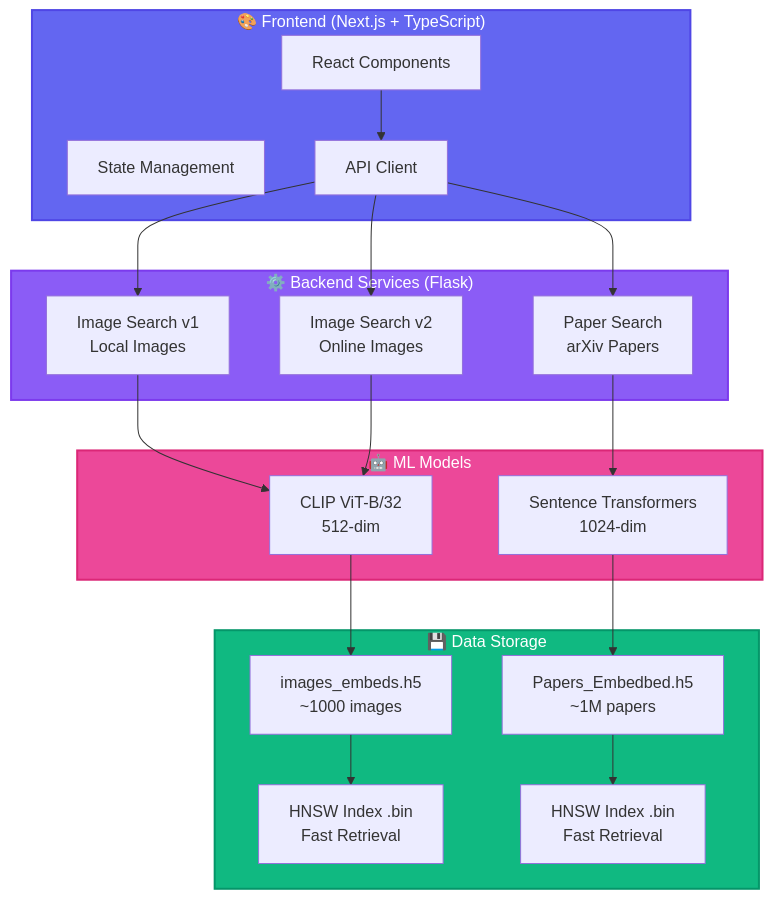
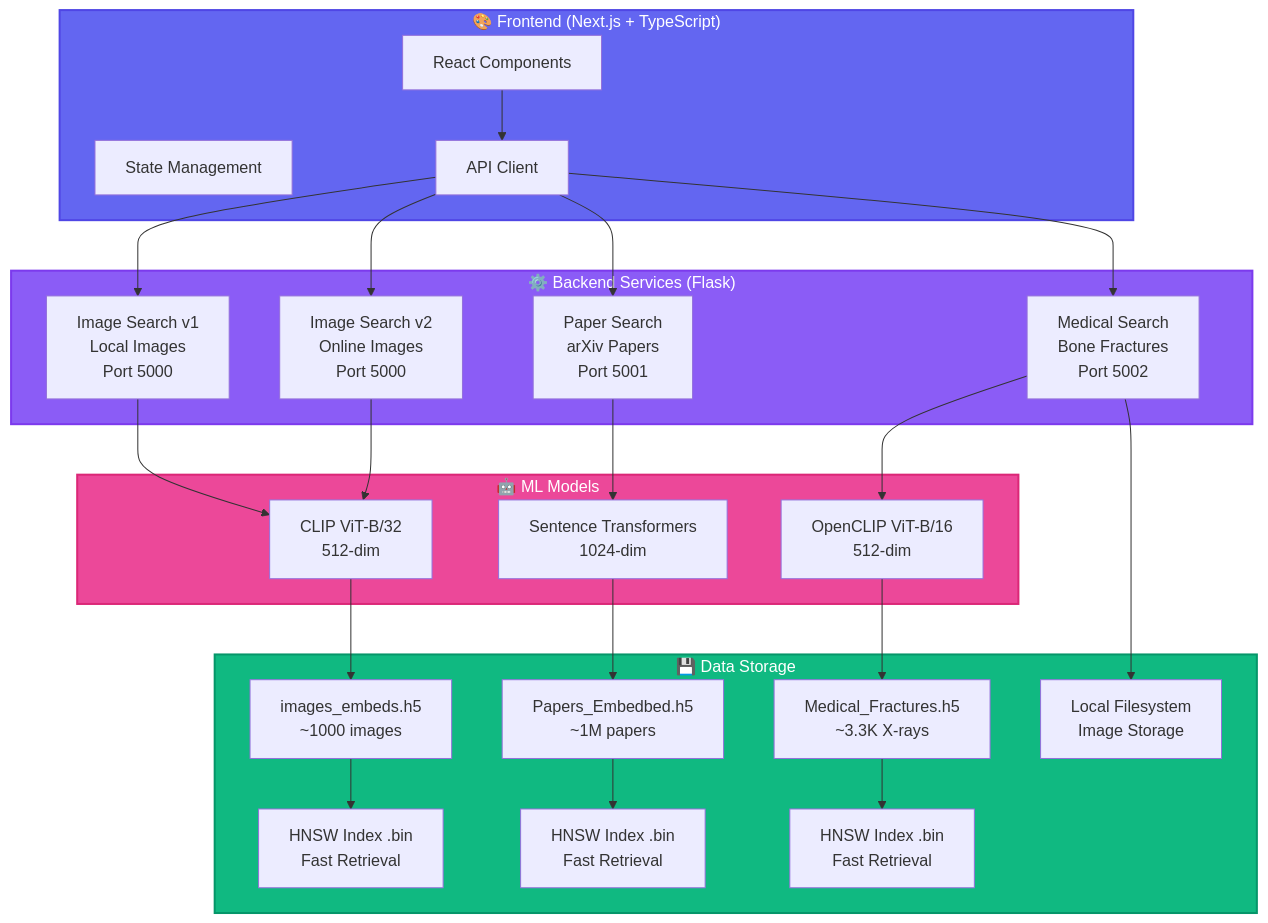
The diagram in README.md (dsa-advanced-assignment-hnsw/hnsw), drawn with Mermaid before and after one commit. The commit also changed other lines of this file and 3378 other files, not shown here.

````diff
--- a/README.md
+++ b/README.md
@@ -95,46 +95,57 @@
 ```mermaid
 graph TB
     subgraph Frontend["🎨 Frontend (Next.js + TypeScript)"]
         UI[React Components]
         State[State Management]
         API[API Client]
     end
 
     subgraph Backend["⚙️ Backend Services (Flask)"]
-        ImgV1[Image Search v1<br/>Local Images]
-        ImgV2[Image Search v2<br/>Online Images]
-        Paper[Paper Search<br/>arXiv Papers]
+        ImgV1[Image Search v1<br/>Local Images<br/>Port 5000]
+        ImgV2[Image Search v2<br/>Online Images<br/>Port 5000]
+        Paper[Paper Search<br/>arXiv Papers<br/>Port 5001]
+        Medical[Medical Search<br/>Bone Fractures<br/>Port 5002]
     end
 
     subgraph ML["🤖 ML Models"]
         CLIP[CLIP ViT-B/32<br/>512-dim]
         ST[Sentence Transformers<br/>1024-dim]
+        OpenCLIP[OpenCLIP ViT-B/16<br/>512-dim]
     end
 
     subgraph Storage["💾 Data Storage"]
         HDF5_Img[images_embeds.h5<br/>~1000 images]
         HDF5_Paper[Papers_Embedbed.h5<br/>~1M papers]
+        HDF5_Medical[Medical_Fractures.h5<br/>~3.3K X-rays]
         HNSW_Img[HNSW Index .bin<br/>Fast Retrieval]
         HNSW_Paper[HNSW Index .bin<br/>Fast Retrieval]
+        HNSW_Medical[HNSW Index .bin<br/>Fast Retrieval]
+        LocalFS[Local Filesystem<br/>Image Storage]
     end
 
     UI --> API
     API --> ImgV1
     API --> ImgV2
     API --> Paper
+    API --> Medical
 
     ImgV1 --> CLIP
     ImgV2 --> CLIP
     Paper --> ST
+    Medical --> OpenCLIP
 
     CLIP --> HDF5_Img
     ST --> HDF5_Paper
+    OpenCLIP --> HDF5_Medical
 
     HDF5_Img --> HNSW_Img
     HDF5_Paper --> HNSW_Paper
+    HDF5_Medical --> HNSW_Medical
+    
+    Medical --> LocalFS
 
     style Frontend fill:#6366f1,stroke:#4f46e5,stroke-width:2px,color:#fff
     style Backend fill:#8b5cf6,stroke:#7c3aed,stroke-width:2px,color:#fff
     style ML fill:#ec4899,stroke:#db2777,stroke-width:2px,color:#fff
     style Storage fill:#10b981,stroke:#059669,stroke-width:2px,color:#fff
 ```
````
